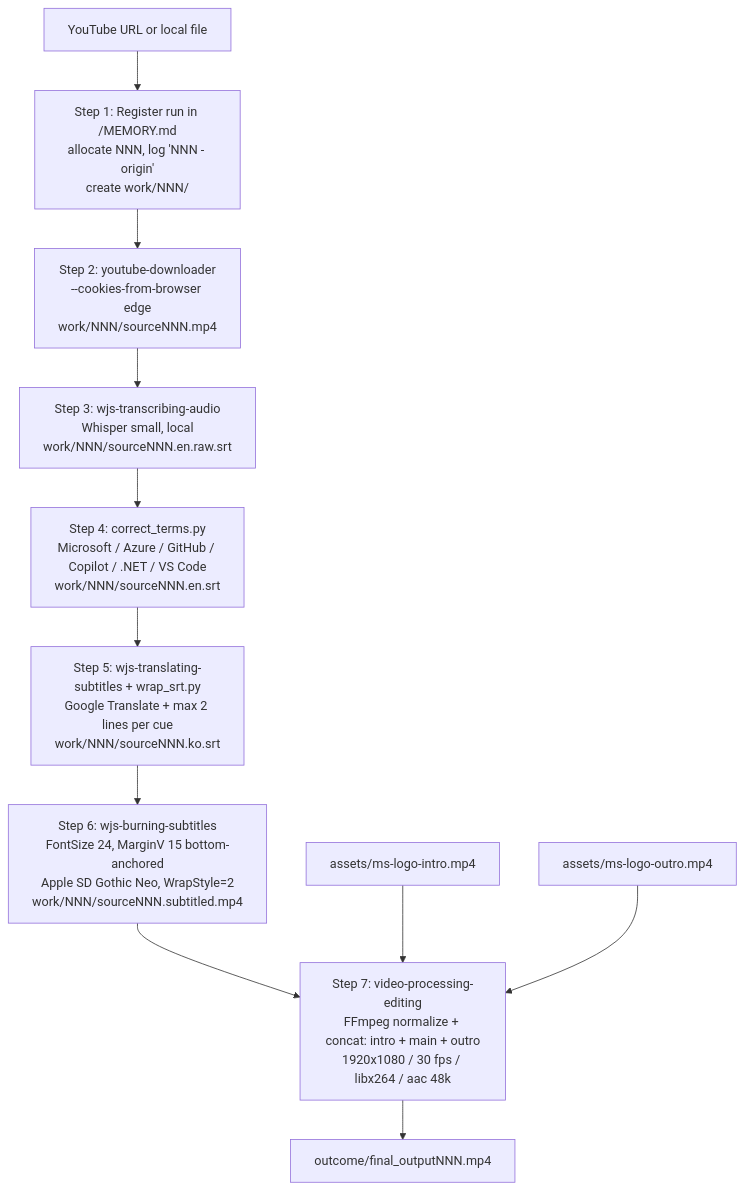
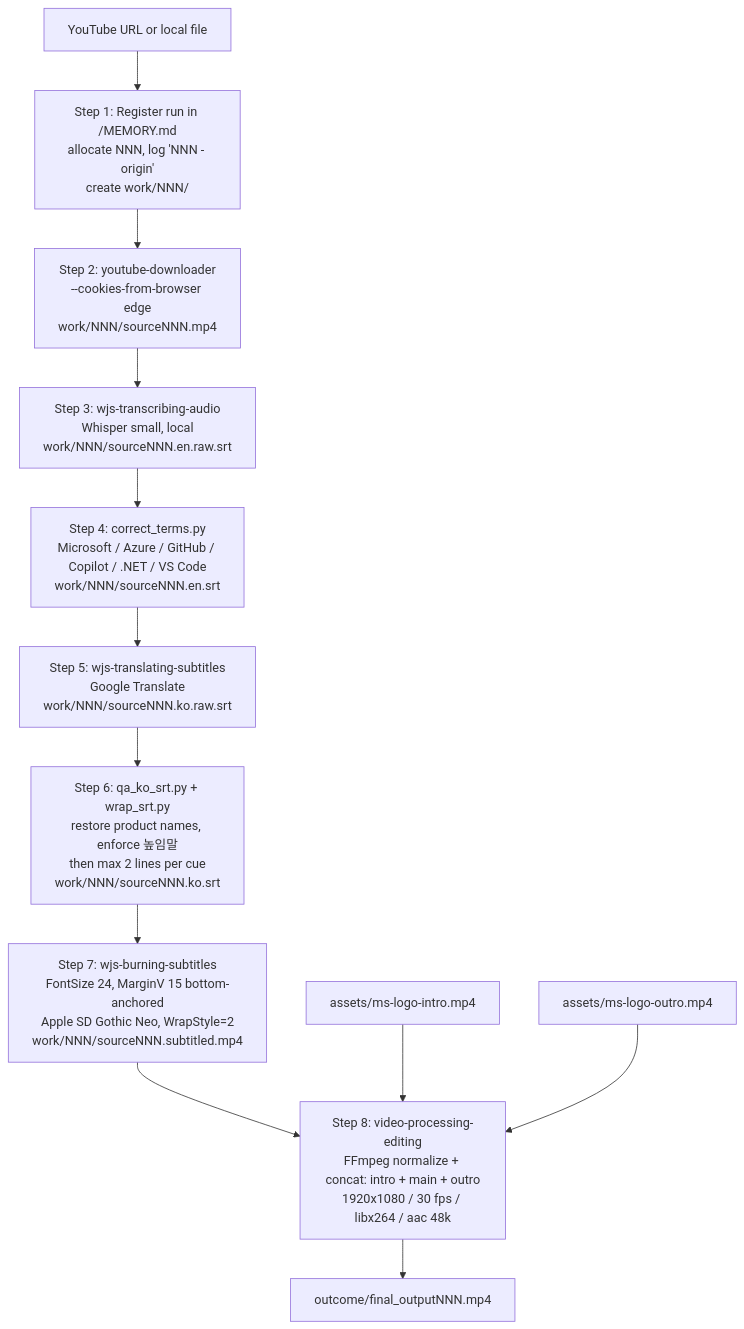
Before and after one commit to bedro96/youtube-video-clip-editing: the diagram in README.md, drawn with Mermaid. The commit also changed other lines of this file and 4 other files, not shown here.

First line of the commit message:
Add Step 6: Korean translation QA (product names + 높임말)

````diff
--- a/README.md
+++ b/README.md
@@ -47,13 +47,14 @@
 ```mermaid
 flowchart TD
     A[YouTube URL or local file] --> B[Step 1: Register run in /MEMORY.md<br/>allocate NNN, log 'NNN - origin'<br/>create work/NNN/]
     B --> C[Step 2: youtube-downloader<br/>--cookies-from-browser edge<br/>work/NNN/sourceNNN.mp4]
     C --> D[Step 3: wjs-transcribing-audio<br/>Whisper small, local<br/>work/NNN/sourceNNN.en.raw.srt]
     D --> E[Step 4: correct_terms.py<br/>Microsoft / Azure / GitHub / Copilot / .NET / VS Code<br/>work/NNN/sourceNNN.en.srt]
-    E --> F[Step 5: wjs-translating-subtitles + wrap_srt.py<br/>Google Translate + max 2 lines per cue<br/>work/NNN/sourceNNN.ko.srt]
-    F --> G[Step 6: wjs-burning-subtitles<br/>FontSize 24, MarginV 15 bottom-anchored<br/>Apple SD Gothic Neo, WrapStyle=2<br/>work/NNN/sourceNNN.subtitled.mp4]
-    G --> H[Step 7: video-processing-editing<br/>FFmpeg normalize + concat: intro + main + outro<br/>1920x1080 / 30 fps / libx264 / aac 48k]
-    I[assets/ms-logo-intro.mp4] --> H
-    J[assets/ms-logo-outro.mp4] --> H
-    H --> K[outcome/final_outputNNN.mp4]
+    E --> F[Step 5: wjs-translating-subtitles<br/>Google Translate<br/>work/NNN/sourceNNN.ko.raw.srt]
+    F --> G[Step 6: qa_ko_srt.py + wrap_srt.py<br/>restore product names, enforce 높임말<br/>then max 2 lines per cue<br/>work/NNN/sourceNNN.ko.srt]
+    G --> H[Step 7: wjs-burning-subtitles<br/>FontSize 24, MarginV 15 bottom-anchored<br/>Apple SD Gothic Neo, WrapStyle=2<br/>work/NNN/sourceNNN.subtitled.mp4]
+    H --> L[Step 8: video-processing-editing<br/>FFmpeg normalize + concat: intro + main + outro<br/>1920x1080 / 30 fps / libx264 / aac 48k]
+    I[assets/ms-logo-intro.mp4] --> L
+    J[assets/ms-logo-outro.mp4] --> L
+    L --> K[outcome/final_outputNNN.mp4]
 ```
````
